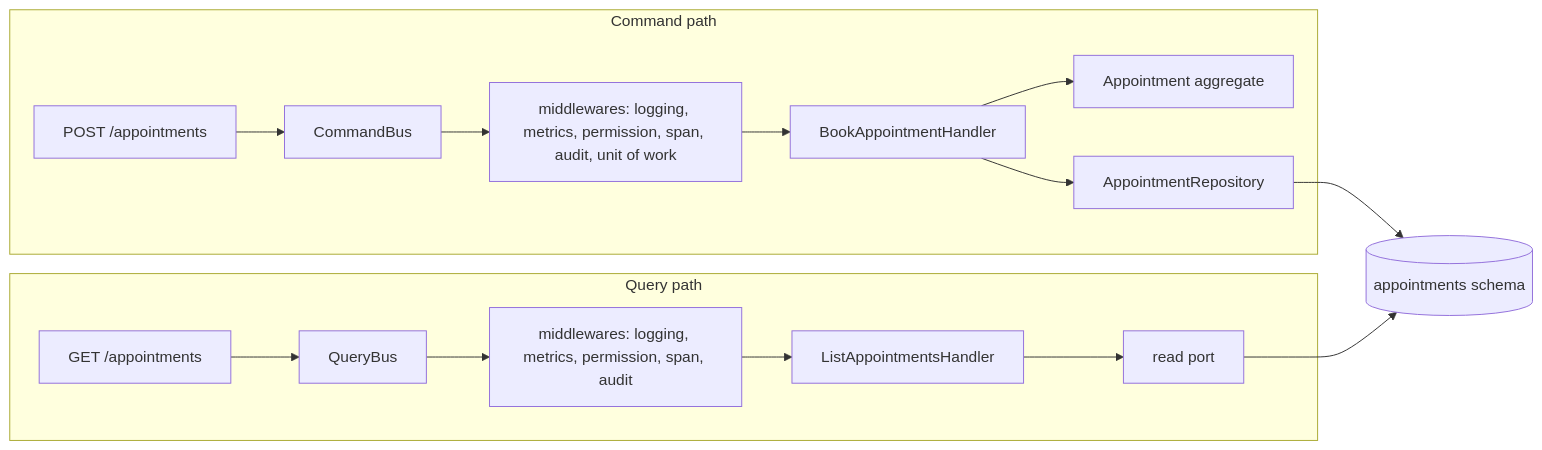
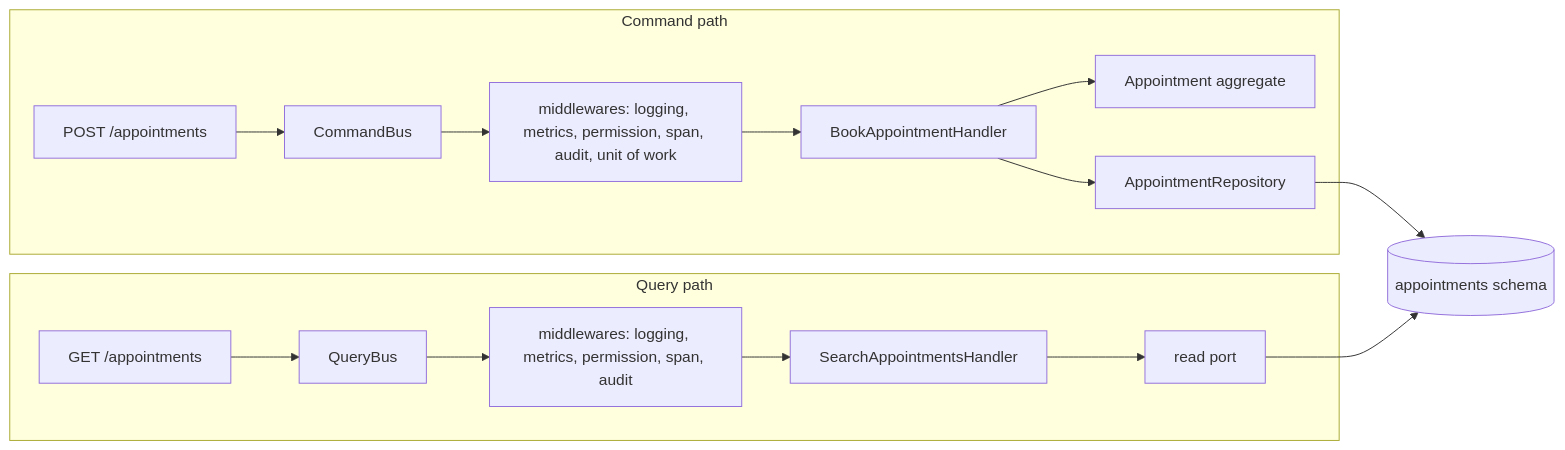
Before and after one commit to gbourgeat/ddd-ts-kit: the diagram in docs/concepts/cqrs.md, drawn with Mermaid. The commit also changed other lines of this file and 284 other files, not shown here.

````diff
--- a/docs/concepts/cqrs.md
+++ b/docs/concepts/cqrs.md
@@ -35,18 +35,18 @@
 ```mermaid
 flowchart LR
   subgraph write [Command path]
     R1[POST /appointments] --> CB[CommandBus]
     CB --> MW[middlewares: logging, metrics, permission, span, audit, unit of work]
     MW --> H1[BookAppointmentHandler]
     H1 --> AG[Appointment aggregate]
     H1 --> RP[AppointmentRepository]
   end
   subgraph read [Query path]
     R2[GET /appointments] --> QB[QueryBus]
     QB --> MW2[middlewares: logging, metrics, permission, span, audit]
-    MW2 --> H2[ListAppointmentsHandler]
+    MW2 --> H2[SearchAppointmentsHandler]
     H2 --> RD[read port]
   end
   RP --> DB[(appointments schema)]
   RD --> DB
 ```
````
